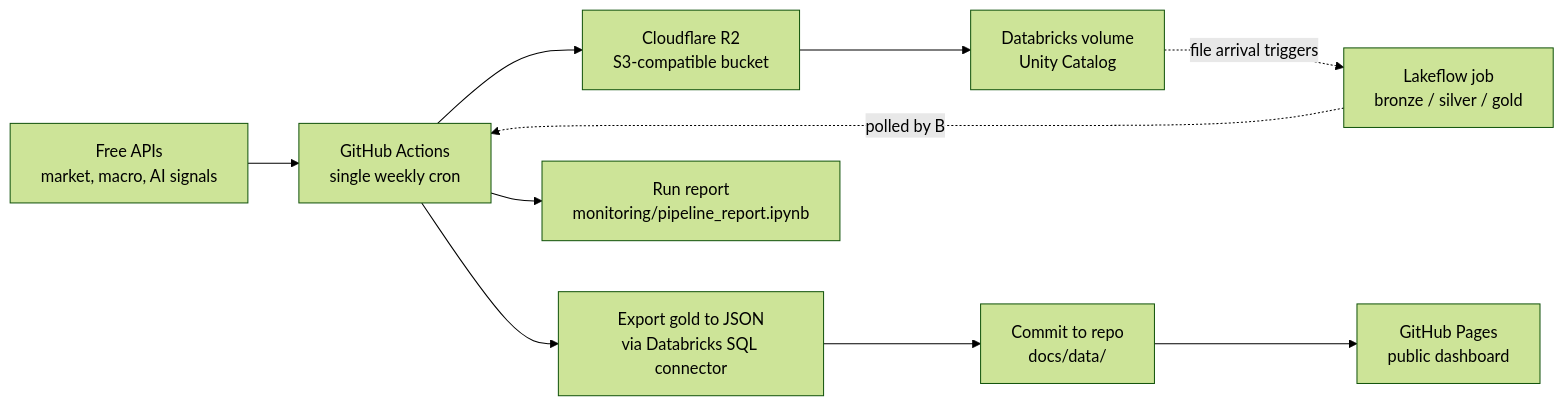
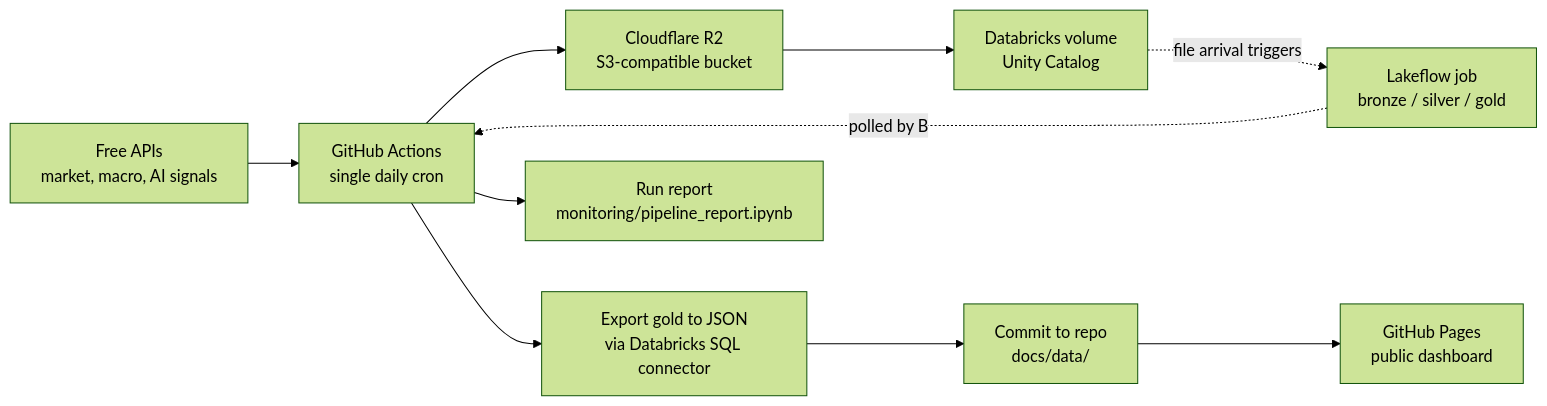
The diagram in README.md (pdglenchur-glitch/market_ai_pulse), drawn with Mermaid (forest theme) before and after one commit. The commit also changed other lines of this file and 12 other files, not shown here.

First line of the commit message:
Restore daily cron; sweep docs from weekly back to daily

````diff
--- a/README.md
+++ b/README.md
@@ -85,12 +85,12 @@
 ```mermaid
 flowchart LR
-    A[Free APIs\nmarket, macro, AI signals] --> B[GitHub Actions\nsingle weekly cron]
+    A[Free APIs\nmarket, macro, AI signals] --> B[GitHub Actions\nsingle daily cron]
     B --> C[Cloudflare R2\nS3-compatible bucket]
     C --> D[Databricks volume\nUnity Catalog]
     D -.file arrival triggers.-> E[Lakeflow job\nbronze / silver / gold]
     E -.polled by B.-> B
     B --> F[Export gold to JSON\nvia Databricks SQL connector]
     F --> G[Commit to repo\ndocs/data/]
     G --> H[GitHub Pages\npublic dashboard]
     B --> I[Run report\nmonitoring/pipeline_report.ipynb]
 ```
````
